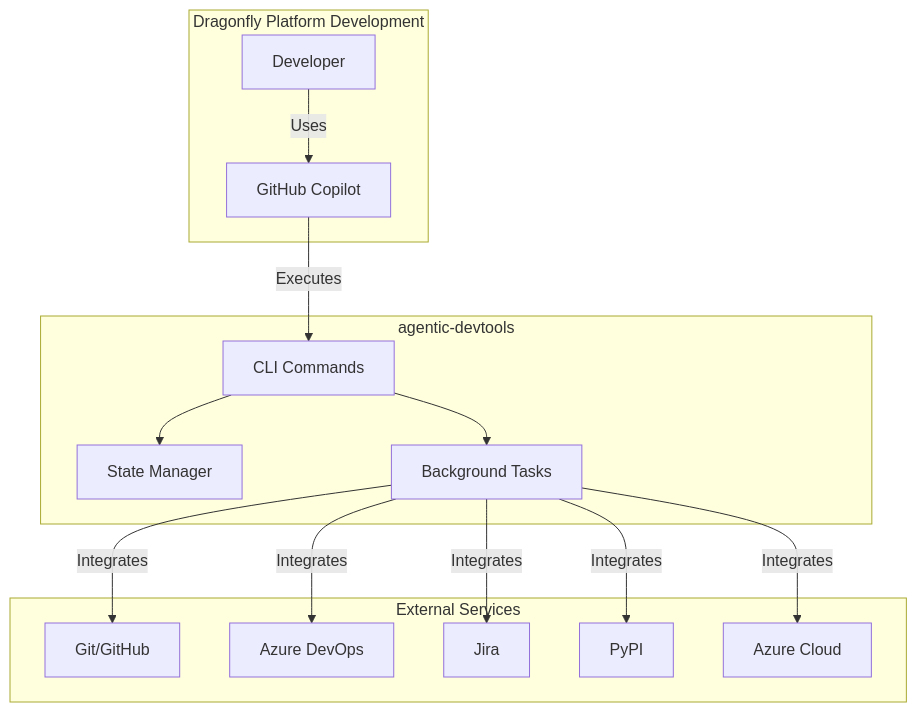
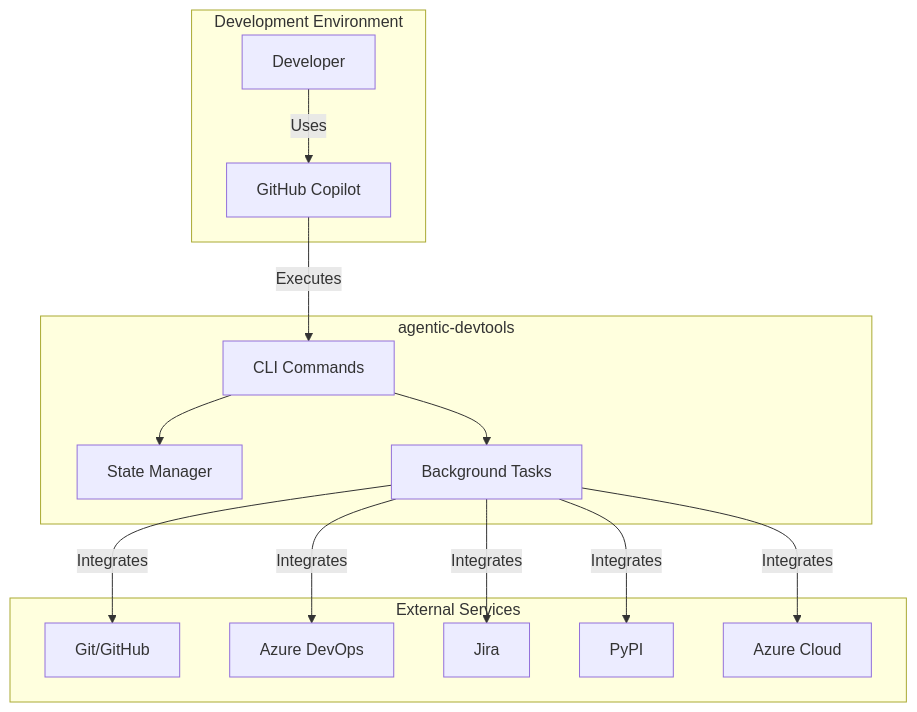
The diagram in docs/01-introduction-and-goals.md (ayaiayorg/agentic-devtools), drawn with Mermaid before and after one commit. The commit also changed other lines of this file and 8 other files, not shown here.

````diff
--- a/docs/01-introduction-and-goals.md
+++ b/docs/01-introduction-and-goals.md
@@ -45,31 +45,31 @@
 ```mermaid
 graph TB
-    subgraph "Dragonfly Platform Development"
+    subgraph "Development Environment"
         Dev[Developer]
         Copilot[GitHub Copilot]
     end
     
     subgraph "agentic-devtools"
         CLI[CLI Commands]
         State[State Manager]
         BG[Background Tasks]
     end
     
     subgraph "External Services"
         Git[Git/GitHub]
         ADO[Azure DevOps]
         Jira[Jira]
         PyPI[PyPI]
         Azure[Azure Cloud]
     end
     
     Dev -->|Uses| Copilot
     Copilot -->|Executes| CLI
     CLI --> State
     CLI --> BG
     BG -->|Integrates| Git
     BG -->|Integrates| ADO
     BG -->|Integrates| Jira
     BG -->|Integrates| PyPI
     BG -->|Integrates| Azure
 ```
````
